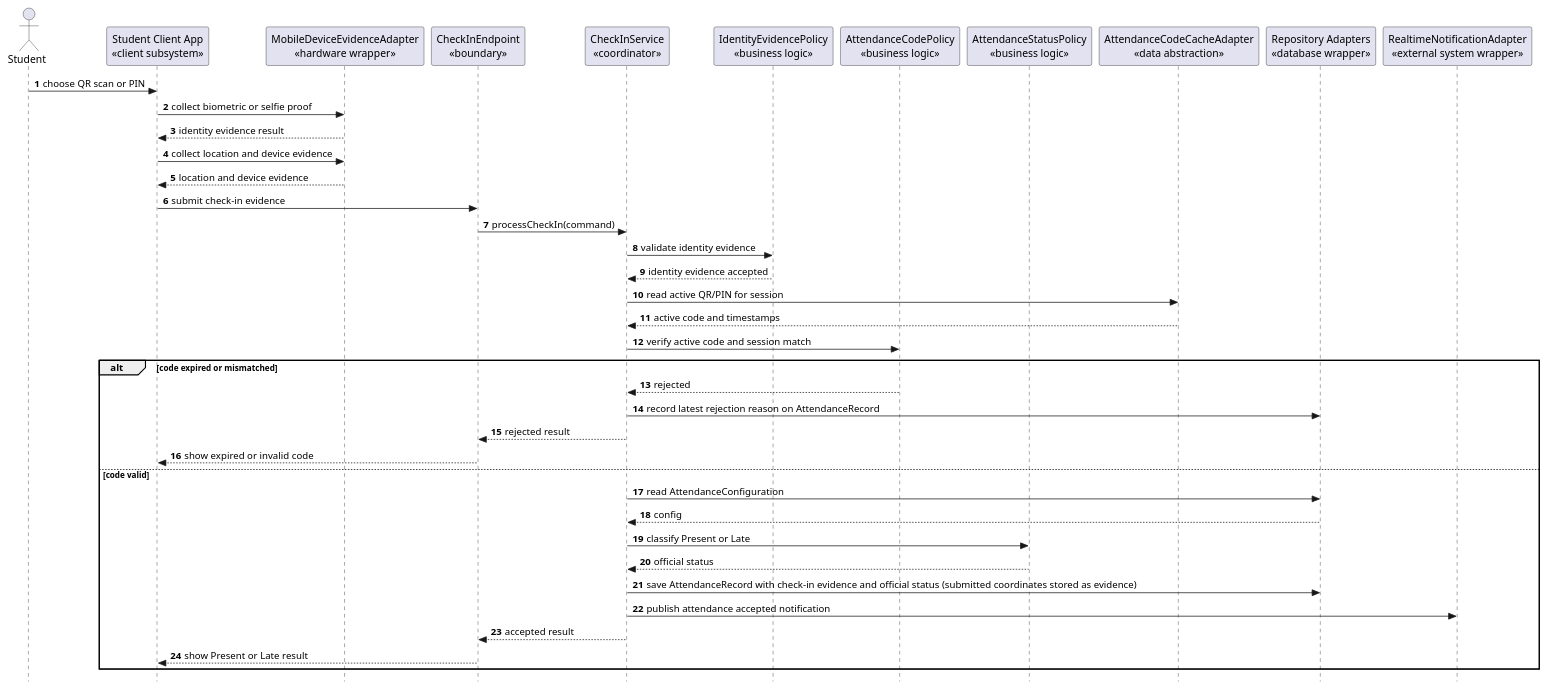
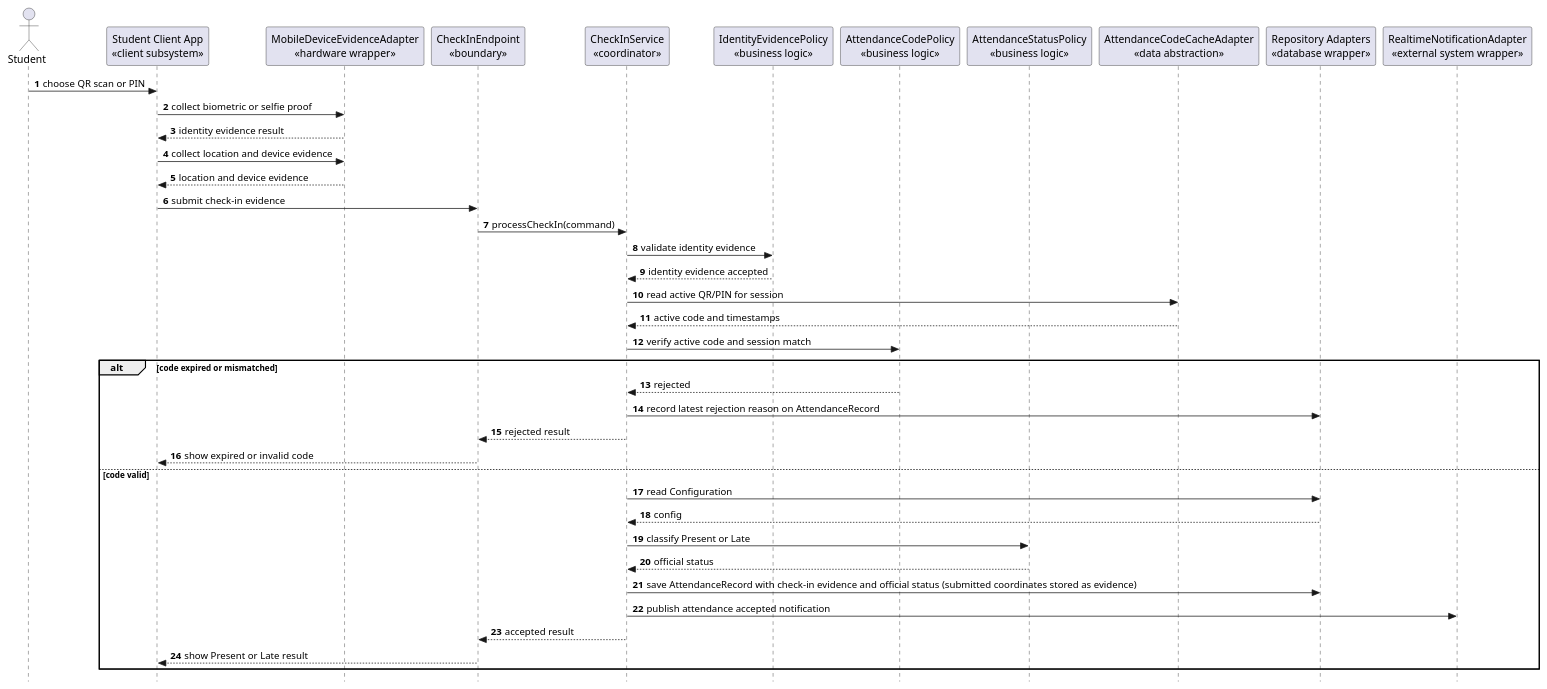
Before and after one commit to nttung42/SWD392: the fourth of 7 diagrams in docs/rds/3_Design.md, drawn with PlantUML. The commit also changed other lines of this file and 2 other files, not shown here.

````diff
--- a/docs/rds/3_Design.md
+++ b/docs/rds/3_Design.md
@@ -344,47 +344,47 @@
 ```plantuml
 @startuml
 skinparam style strictuml
 autonumber
 
 actor "Student" as Student
 participant "Student Client App\n«client subsystem»" as StudentApp
 participant "MobileDeviceEvidenceAdapter\n«hardware wrapper»" as DeviceAdapter
 participant "CheckInEndpoint\n«boundary»" as CheckInEndpoint
 participant "CheckInService\n«coordinator»" as CheckInService
 participant "IdentityEvidencePolicy\n«business logic»" as IdentityPolicy
 participant "AttendanceCodePolicy\n«business logic»" as CodePolicy
 participant "AttendanceStatusPolicy\n«business logic»" as StatusPolicy
 participant "AttendanceCodeCacheAdapter\n«data abstraction»" as CodeCache
 participant "Repository Adapters\n«database wrapper»" as Repository
 participant "RealtimeNotificationAdapter\n«external system wrapper»" as Realtime
 
 Student -> StudentApp : choose QR scan or PIN
 StudentApp -> DeviceAdapter : collect biometric or selfie proof
 DeviceAdapter --> StudentApp : identity evidence result
 StudentApp -> DeviceAdapter : collect location and device evidence
 DeviceAdapter --> StudentApp : location and device evidence
 StudentApp -> CheckInEndpoint : submit check-in evidence
 CheckInEndpoint -> CheckInService : processCheckIn(command)
 CheckInService -> IdentityPolicy : validate identity evidence
 IdentityPolicy --> CheckInService : identity evidence accepted
 CheckInService -> CodeCache : read active QR/PIN for session
 CodeCache --> CheckInService : active code and timestamps
 CheckInService -> CodePolicy : verify active code and session match
 
 alt code expired or mismatched
   CodePolicy --> CheckInService : rejected
   CheckInService -> Repository : record latest rejection reason on AttendanceRecord
   CheckInService --> CheckInEndpoint : rejected result
   CheckInEndpoint --> StudentApp : show expired or invalid code
 else code valid
-  CheckInService -> Repository : read AttendanceConfiguration
+  CheckInService -> Repository : read Configuration
   Repository --> CheckInService : config
   CheckInService -> StatusPolicy : classify Present or Late
   StatusPolicy --> CheckInService : official status
   CheckInService -> Repository : save AttendanceRecord with check-in evidence and official status (submitted coordinates stored as evidence)
   CheckInService -> Realtime : publish attendance accepted notification
   CheckInService --> CheckInEndpoint : accepted result
   CheckInEndpoint --> StudentApp : show Present or Late result
 end
 @enduml
 ```
````
